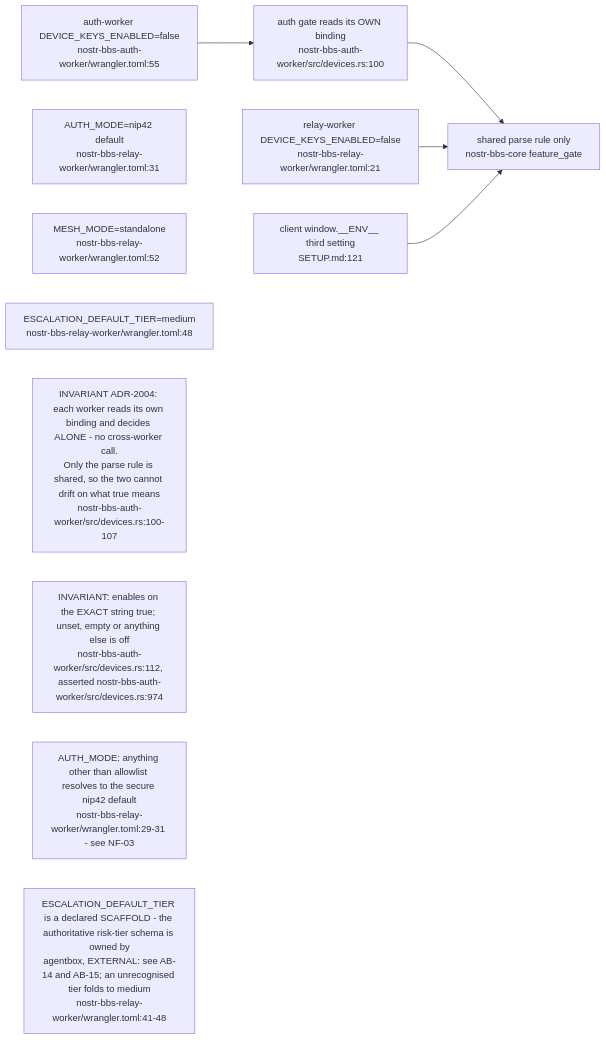
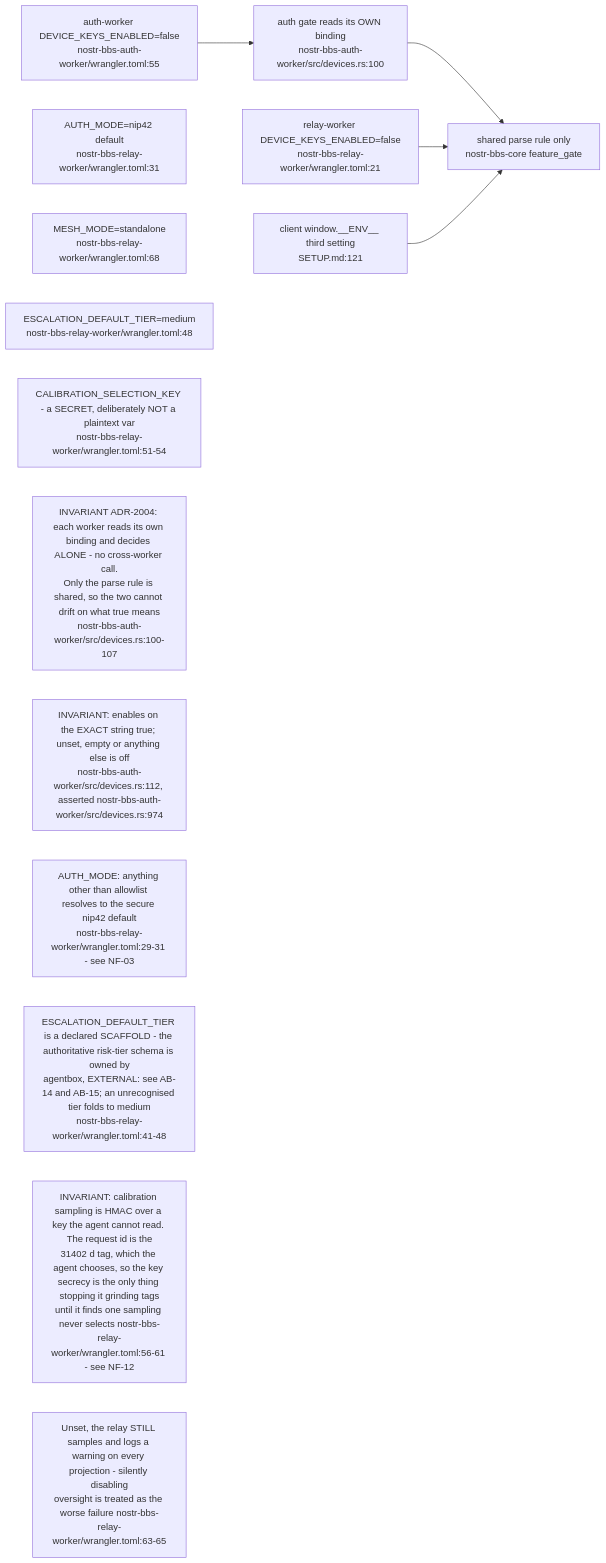
Before and after one commit to DreamLab-AI/VisionFlow: the eighth of 8 diagrams in docs/diagrams/nostr-rust-forum/08-config-zones-stores-and-admin-authority.md, drawn with Mermaid. The commit also changed other lines of this file and 11 other files, not shown here.

````diff
--- a/docs/diagrams/nostr-rust-forum/08-config-zones-stores-and-admin-authority.md
+++ b/docs/diagrams/nostr-rust-forum/08-config-zones-stores-and-admin-authority.md
@@ -216,20 +219,23 @@
 ```mermaid
 flowchart LR
     DKA["auth-worker DEVICE_KEYS_ENABLED=false<br/>nostr-bbs-auth-worker/wrangler.toml:55"]
     DKR["relay-worker DEVICE_KEYS_ENABLED=false<br/>nostr-bbs-relay-worker/wrangler.toml:21"]
     DKC["client window.__ENV__ third setting<br/>SETUP.md:121"]
     GATEFN["auth gate reads its OWN binding<br/>nostr-bbs-auth-worker/src/devices.rs:100"]
     SHARED["shared parse rule only<br/>nostr-bbs-core feature_gate"]
     AM["AUTH_MODE=nip42 default<br/>nostr-bbs-relay-worker/wrangler.toml:31"]
-    MESH["MESH_MODE=standalone<br/>nostr-bbs-relay-worker/wrangler.toml:52"]
+    MESH["MESH_MODE=standalone<br/>nostr-bbs-relay-worker/wrangler.toml:68"]
     ESC["ESCALATION_DEFAULT_TIER=medium<br/>nostr-bbs-relay-worker/wrangler.toml:48"]
+    CAL["CALIBRATION_SELECTION_KEY - a SECRET, deliberately NOT a plaintext var<br/>nostr-bbs-relay-worker/wrangler.toml:51-54"]
 
     DKA --> GATEFN --> SHARED
     DKR --> SHARED
     DKC --> SHARED
 
     N1["INVARIANT ADR-2004: each worker reads its own binding and decides ALONE - no cross-worker call.<br/>Only the parse rule is shared, so the two cannot drift on what true means<br/>nostr-bbs-auth-worker/src/devices.rs:100-107"]
     N2["INVARIANT: enables on the EXACT string true; unset, empty or anything else is off<br/>nostr-bbs-auth-worker/src/devices.rs:112, asserted nostr-bbs-auth-worker/src/devices.rs:974"]
     N3["AUTH_MODE: anything other than allowlist resolves to the secure nip42 default<br/>nostr-bbs-relay-worker/wrangler.toml:29-31 - see NF-03"]
     N4["ESCALATION_DEFAULT_TIER is a declared SCAFFOLD - the authoritative risk-tier schema is owned by<br/>agentbox, EXTERNAL: see AB-14 and AB-15; an unrecognised tier folds to medium<br/>nostr-bbs-relay-worker/wrangler.toml:41-48"]
+    N5["INVARIANT: calibration sampling is HMAC over a key the agent cannot read. The request id is the<br/>31402 d tag, which the agent chooses, so the key secrecy is the only thing stopping it grinding tags<br/>until it finds one sampling never selects nostr-bbs-relay-worker/wrangler.toml:56-61 - see NF-12"]
+    N6["Unset, the relay STILL samples and logs a warning on every projection - silently disabling<br/>oversight is treated as the worse failure nostr-bbs-relay-worker/wrangler.toml:63-65"]
 ```
````
